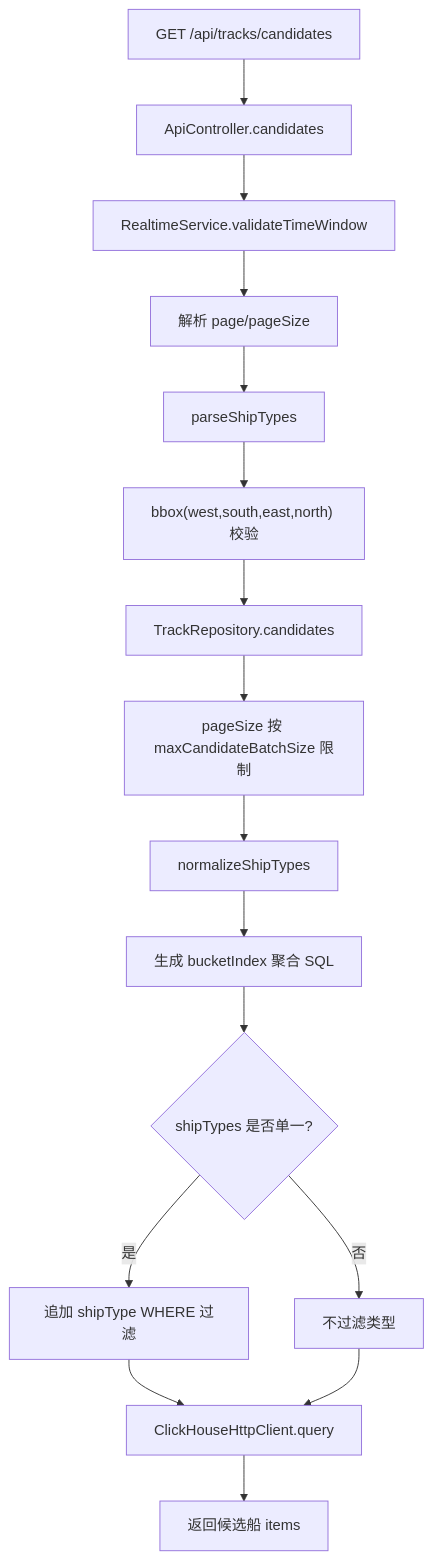
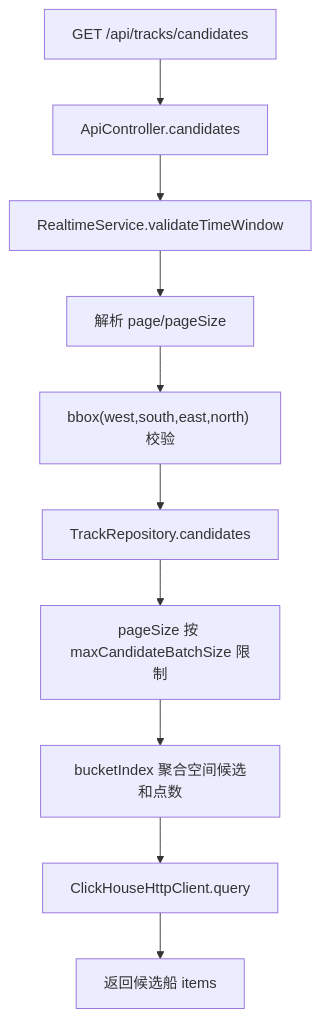
One commit to yuqiangdede/testTrack changed diagram 15 of 19 in docs/API_FLOW.md. Above: the diagram before and after it, drawn with Mermaid. The commit also changed other lines of this file and 24 other files, not shown here.

````diff
--- a/docs/API_FLOW.md
+++ b/docs/API_FLOW.md
@@ -492,18 +481,12 @@
 ```mermaid
 flowchart TD
   A["GET /api/tracks/candidates"] --> B["ApiController.candidates"]
   B --> C["RealtimeService.validateTimeWindow"]
   C --> D["解析 page/pageSize"]
-  D --> E["parseShipTypes"]
-  E --> F["bbox(west,south,east,north) 校验"]
+  D --> F["bbox(west,south,east,north) 校验"]
   F --> G["TrackRepository.candidates"]
   G --> H["pageSize 按 maxCandidateBatchSize 限制"]
-  H --> I["normalizeShipTypes"]
-  I --> J["生成 bucketIndex 聚合 SQL"]
-  J --> K{"shipTypes 是否单一?"}
-  K -->|是| L["追加 shipType WHERE 过滤"]
-  K -->|否| M["不过滤类型"]
-  L --> N["ClickHouseHttpClient.query"]
-  M --> N
+  H --> J["bucketIndex 聚合空间候选和点数"]
+  J --> N["ClickHouseHttpClient.query"]
   N --> O["返回候选船 items"]
 ```
````
